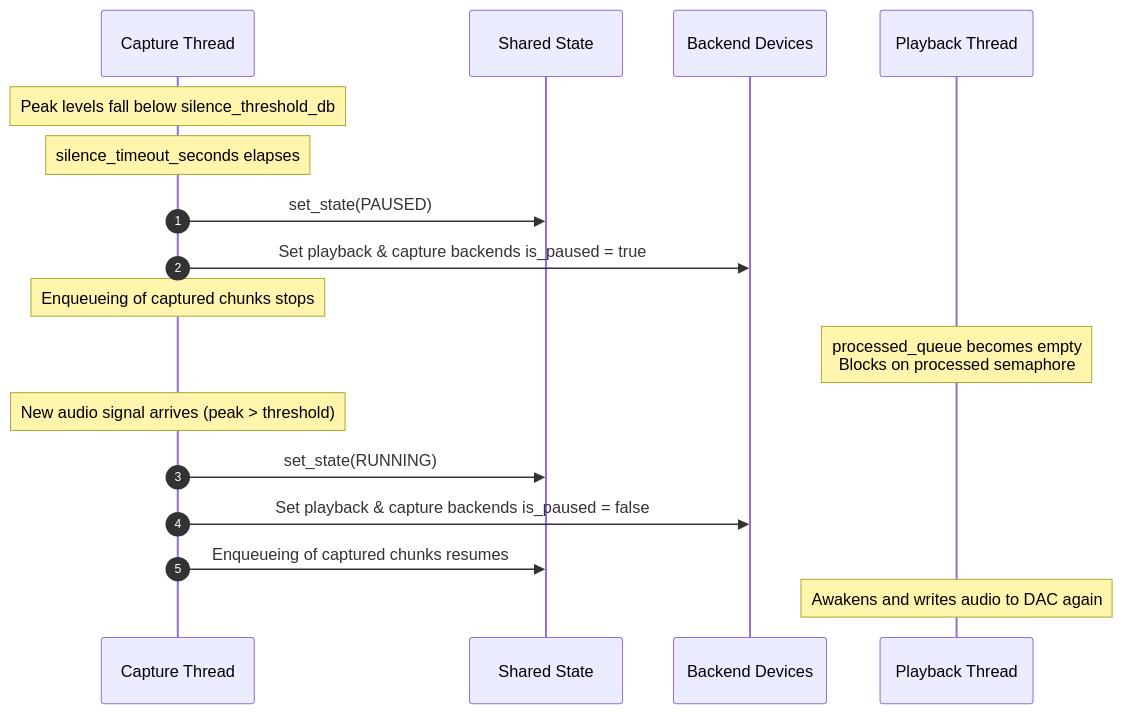
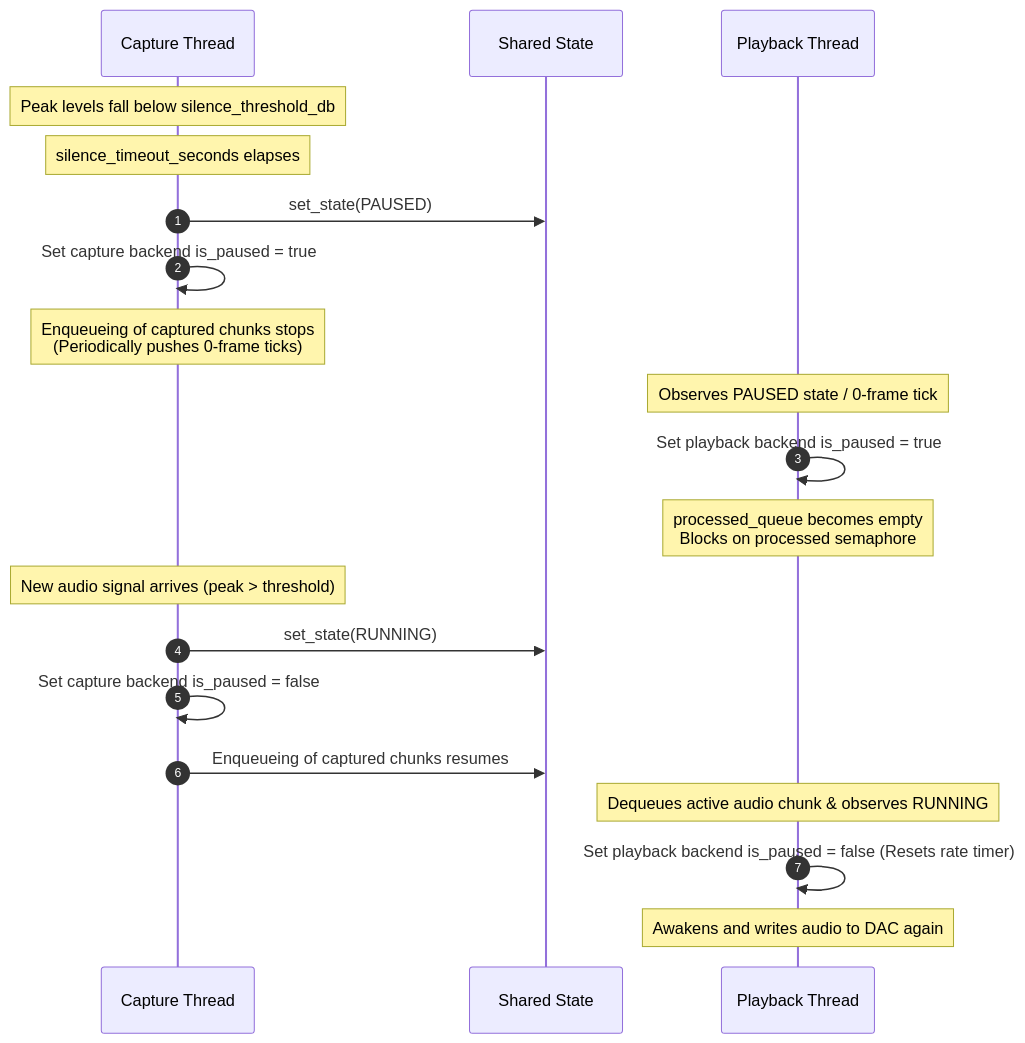
The fifth of 8 diagrams in engine_state_management.md (Wang-Yue/cdsp), drawn with Mermaid before and after one commit. The commit also changed other lines of this file and 12 other files, not shown here.

Commit message:
fix: refactor DSD silence filling to remove encoder dependency; enhance capture and playback loop configurations for pitch support

````diff
--- a/engine_state_management.md
+++ b/engine_state_management.md
@@ -293,21 +299,24 @@
 ```mermaid
 sequenceDiagram
     autonumber
     participant C as Capture Thread
     participant S as Shared State
-    participant B as Backend Devices
     participant K as Playback Thread
 
     Note over C: Peak levels fall below silence_threshold_db
     Note over C: silence_timeout_seconds elapses
     C->>S: set_state(PAUSED)
-    C->>B: Set playback & capture backends is_paused = true
-    Note over C: Enqueueing of captured chunks stops
+    C->>C: Set capture backend is_paused = true
+    Note over C: Enqueueing of captured chunks stops<br/>(Periodically pushes 0-frame ticks)
+    Note over K: Observes PAUSED state / 0-frame tick
+    K->>K: Set playback backend is_paused = true
     Note over K: processed_queue becomes empty<br/>Blocks on processed semaphore
 
     Note over C: New audio signal arrives (peak > threshold)
     C->>S: set_state(RUNNING)
-    C->>B: Set playback & capture backends is_paused = false
+    C->>C: Set capture backend is_paused = false
     C->>S: Enqueueing of captured chunks resumes
+    Note over K: Dequeues active audio chunk & observes RUNNING
+    K->>K: Set playback backend is_paused = false (Resets rate timer)
     Note over K: Awakens and writes audio to DAC again
 ```
````
